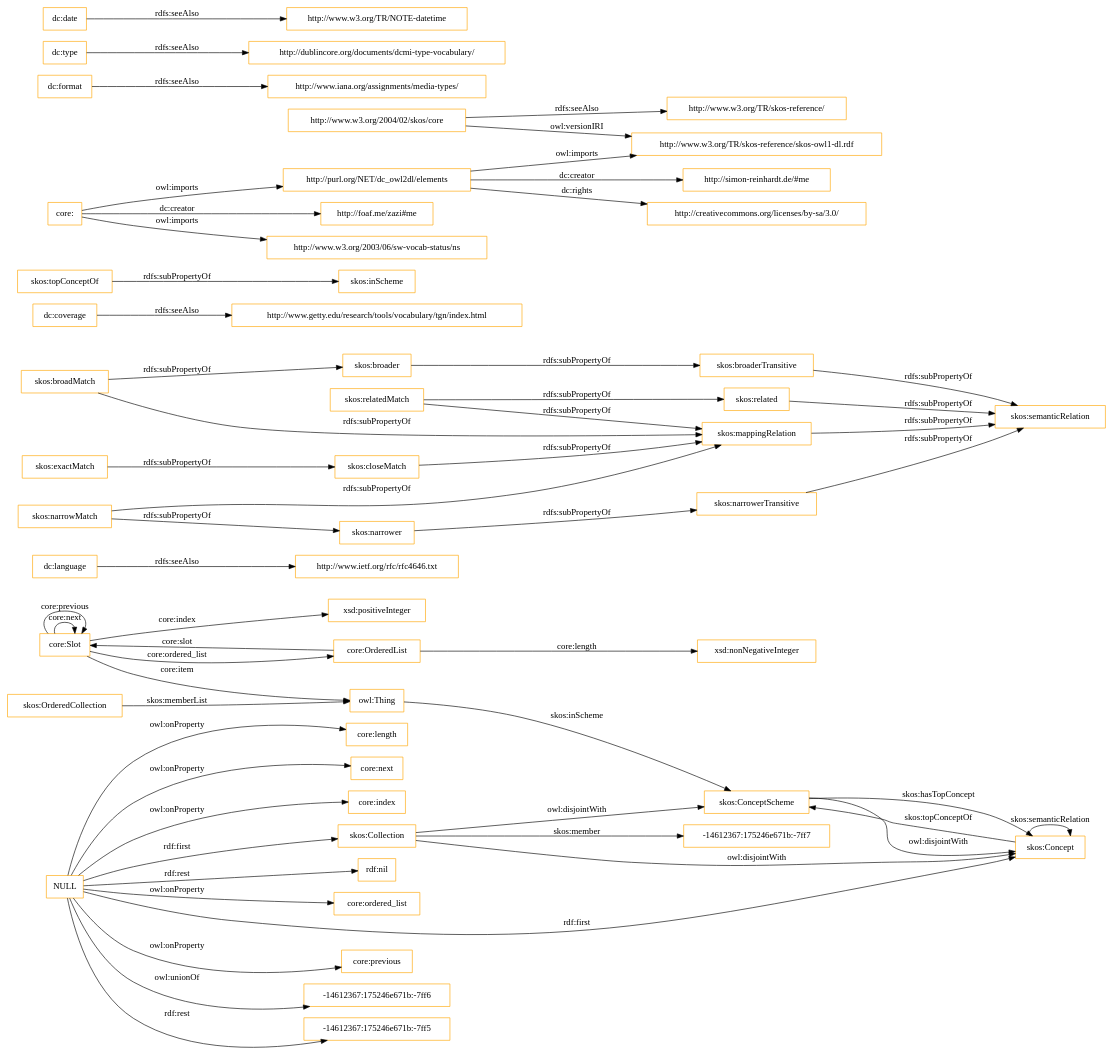
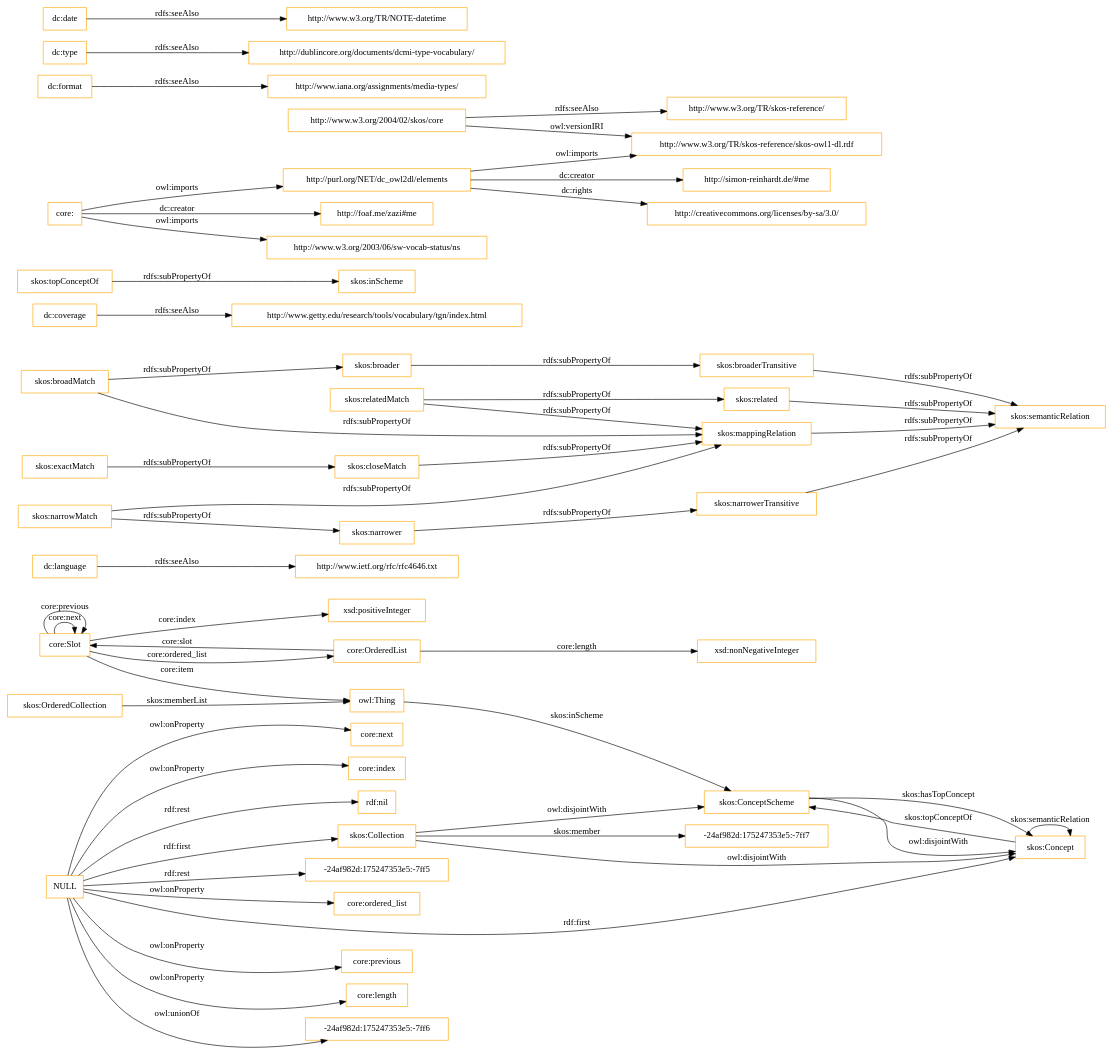
One commit to OnToologyUser/core-ontology-1 changed the diagram in OnToology/imports/core.owl/diagrams/ar2dtool-class/core.owl.png.dot. Above: the diagram before and after it, drawn with Graphviz. The commit also changed 14 other files, not shown here.

```diff
--- a/OnToology/imports/core.owl/diagrams/ar2dtool-class/core.owl.png.dot
+++ b/OnToology/imports/core.owl/diagrams/ar2dtool-class/core.owl.png.dot
@@ -1,60 +1,60 @@
 digraph ar2dtool_diagram { 
 rankdir=LR;
 size="1501"
-node [shape = rectangle, color="orange"]; "core:Slot" "core:OrderedList" "-14612367:175246e671b:-7ff7" "skos:OrderedCollection" "skos:Collection" "skos:ConceptScheme" "skos:Concept" ; /*classes style*/
+node [shape = rectangle, color="orange"]; "core:Slot" "core:OrderedList" "-24af982d:175247353e5:-7ff7" "skos:OrderedCollection" "skos:Collection" "skos:ConceptScheme" "skos:Concept" ; /*classes style*/
 	"dc:language" -> "http://www.ietf.org/rfc/rfc4646.txt" [ label = "rdfs:seeAlso" ];
 	"NULL" -> "core:previous" [ label = "owl:onProperty" ];
-	"NULL" -> "-14612367:175246e671b:-7ff6" [ label = "owl:unionOf" ];
-	"NULL" -> "-14612367:175246e671b:-7ff5" [ label = "rdf:rest" ];
 	"NULL" -> "core:length" [ label = "owl:onProperty" ];
 	"NULL" -> "skos:Concept" [ label = "rdf:first" ];
+	"NULL" -> "-24af982d:175247353e5:-7ff6" [ label = "owl:unionOf" ];
 	"NULL" -> "core:next" [ label = "owl:onProperty" ];
 	"NULL" -> "core:index" [ label = "owl:onProperty" ];
 	"NULL" -> "rdf:nil" [ label = "rdf:rest" ];
+	"NULL" -> "-24af982d:175247353e5:-7ff5" [ label = "rdf:rest" ];
 	"NULL" -> "core:ordered_list" [ label = "owl:onProperty" ];
 	"NULL" -> "skos:Collection" [ label = "rdf:first" ];
 	"skos:closeMatch" -> "skos:mappingRelation" [ label = "rdfs:subPropertyOf" ];
 	"dc:coverage" -> "http://www.getty.edu/research/tools/vocabulary/tgn/index.html" [ label = "rdfs:seeAlso" ];
 	"skos:relatedMatch" -> "skos:related" [ label = "rdfs:subPropertyOf" ];
 	"skos:relatedMatch" -> "skos:mappingRelation" [ label = "rdfs:subPropertyOf" ];
 	"skos:ConceptScheme" -> "skos:Concept" [ label = "owl:disjointWith" ];
 	"skos:related" -> "skos:semanticRelation" [ label = "rdfs:subPropertyOf" ];
 	"skos:topConceptOf" -> "skos:inScheme" [ label = "rdfs:subPropertyOf" ];
 	"skos:broadMatch" -> "skos:broader" [ label = "rdfs:subPropertyOf" ];
 	"skos:broadMatch" -> "skos:mappingRelation" [ label = "rdfs:subPropertyOf" ];
 	"http://purl.org/NET/dc_owl2dl/elements" -> "http://www.w3.org/TR/skos-reference/skos-owl1-dl.rdf" [ label = "owl:imports" ];
 	"http://purl.org/NET/dc_owl2dl/elements" -> "http://creativecommons.org/licenses/by-sa/3.0/" [ label = "dc:rights" ];
 	"http://purl.org/NET/dc_owl2dl/elements" -> "http://simon-reinhardt.de/#me" [ label = "dc:creator" ];
 	"skos:exactMatch" -> "skos:closeMatch" [ label = "rdfs:subPropertyOf" ];
 	"dc:format" -> "http://www.iana.org/assignments/media-types/" [ label = "rdfs:seeAlso" ];
 	"core:" -> "http://foaf.me/zazi#me" [ label = "dc:creator" ];
 	"core:" -> "http://www.w3.org/2003/06/sw-vocab-status/ns" [ label = "owl:imports" ];
 	"core:" -> "http://purl.org/NET/dc_owl2dl/elements" [ label = "owl:imports" ];
 	"skos:broaderTransitive" -> "skos:semanticRelation" [ label = "rdfs:subPropertyOf" ];
 	"skos:mappingRelation" -> "skos:semanticRelation" [ label = "rdfs:subPropertyOf" ];
 	"skos:broader" -> "skos:broaderTransitive" [ label = "rdfs:subPropertyOf" ];
 	"dc:type" -> "http://dublincore.org/documents/dcmi-type-vocabulary/" [ label = "rdfs:seeAlso" ];
 	"http://www.w3.org/2004/02/skos/core" -> "http://www.w3.org/TR/skos-reference/skos-owl1-dl.rdf" [ label = "owl:versionIRI" ];
 	"http://www.w3.org/2004/02/skos/core" -> "http://www.w3.org/TR/skos-reference/" [ label = "rdfs:seeAlso" ];
 	"skos:Collection" -> "skos:ConceptScheme" [ label = "owl:disjointWith" ];
 	"skos:Collection" -> "skos:Concept" [ label = "owl:disjointWith" ];
 	"skos:narrowMatch" -> "skos:narrower" [ label = "rdfs:subPropertyOf" ];
 	"skos:narrowMatch" -> "skos:mappingRelation" [ label = "rdfs:subPropertyOf" ];
 	"skos:narrower" -> "skos:narrowerTransitive" [ label = "rdfs:subPropertyOf" ];
 	"dc:date" -> "http://www.w3.org/TR/NOTE-datetime" [ label = "rdfs:seeAlso" ];
 	"skos:narrowerTransitive" -> "skos:semanticRelation" [ label = "rdfs:subPropertyOf" ];
 	"core:Slot" -> "xsd:positiveInteger" [ label = "core:index" ];
 	"skos:Concept" -> "skos:ConceptScheme" [ label = "skos:topConceptOf" ];
 	"core:Slot" -> "owl:Thing" [ label = "core:item" ];
 	"core:OrderedList" -> "xsd:nonNegativeInteger" [ label = "core:length" ];
 	"core:OrderedList" -> "core:Slot" [ label = "core:slot" ];
-	"skos:Collection" -> "-14612367:175246e671b:-7ff7" [ label = "skos:member" ];
+	"skos:Collection" -> "-24af982d:175247353e5:-7ff7" [ label = "skos:member" ];
 	"core:Slot" -> "core:Slot" [ label = "core:next" ];
 	"skos:ConceptScheme" -> "skos:Concept" [ label = "skos:hasTopConcept" ];
 	"owl:Thing" -> "skos:ConceptScheme" [ label = "skos:inScheme" ];
 	"core:Slot" -> "core:Slot" [ label = "core:previous" ];
 	"skos:OrderedCollection" -> "owl:Thing" [ label = "skos:memberList" ];
 	"skos:Concept" -> "skos:Concept" [ label = "skos:semanticRelation" ];
 	"core:Slot" -> "core:OrderedList" [ label = "core:ordered_list" ];
 
 }
```
